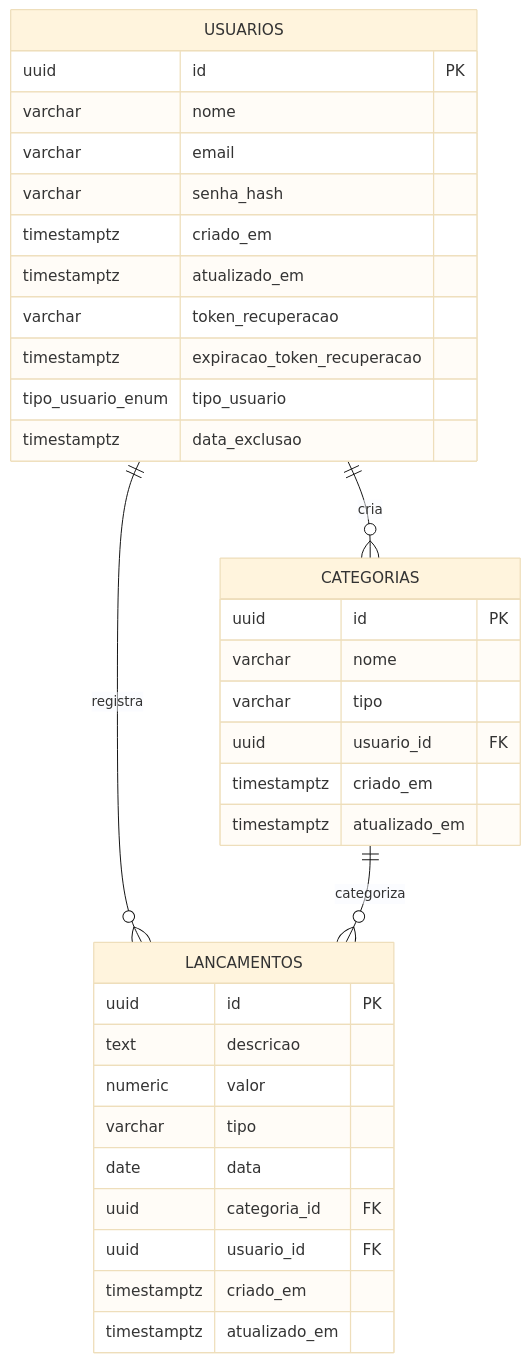
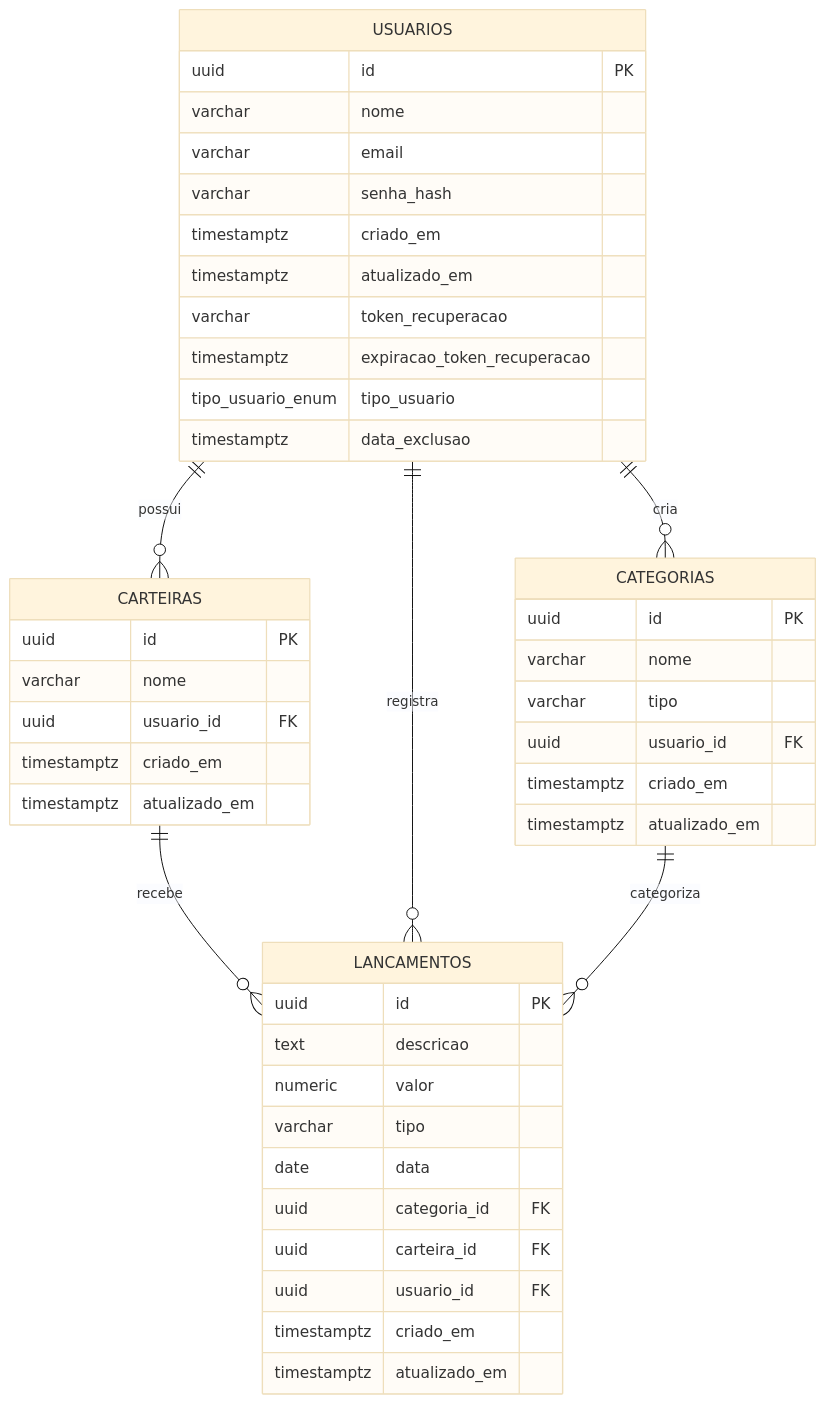
Before and after one commit to devpetry/more-money: the diagram in README.md, drawn with Mermaid (base theme). The commit also changed other lines of this file and 10 other files, not shown here.

Commit message:
Adicionar: carteiras Física e Digital com saldo por carteira (#22)

````diff
--- a/README.md
+++ b/README.md
@@ -198,41 +198,52 @@
 ```mermaid
 erDiagram
     USUARIOS {
         uuid id PK
         varchar nome
         varchar email
         varchar senha_hash
         timestamptz criado_em
         timestamptz atualizado_em
         varchar token_recuperacao
         timestamptz expiracao_token_recuperacao
         tipo_usuario_enum tipo_usuario
         timestamptz data_exclusao
     }
 
     CATEGORIAS {
         uuid id PK
         varchar nome
         varchar tipo
         uuid usuario_id FK
         timestamptz criado_em
         timestamptz atualizado_em
     }
 
+    CARTEIRAS {
+        uuid id PK
+        varchar nome
+        uuid usuario_id FK
+        timestamptz criado_em
+        timestamptz atualizado_em
+    }
+
     LANCAMENTOS {
         uuid id PK
         text descricao
         numeric valor
         varchar tipo
         date data
         uuid categoria_id FK
+        uuid carteira_id FK
         uuid usuario_id FK
         timestamptz criado_em
         timestamptz atualizado_em
     }
 
     USUARIOS ||--o{ CATEGORIAS : cria
+    USUARIOS ||--o{ CARTEIRAS : possui
+    CARTEIRAS ||--o{ LANCAMENTOS : recebe
     USUARIOS ||--o{ LANCAMENTOS : registra
 
     CATEGORIAS ||--o{ LANCAMENTOS : categoriza
 ```
````
